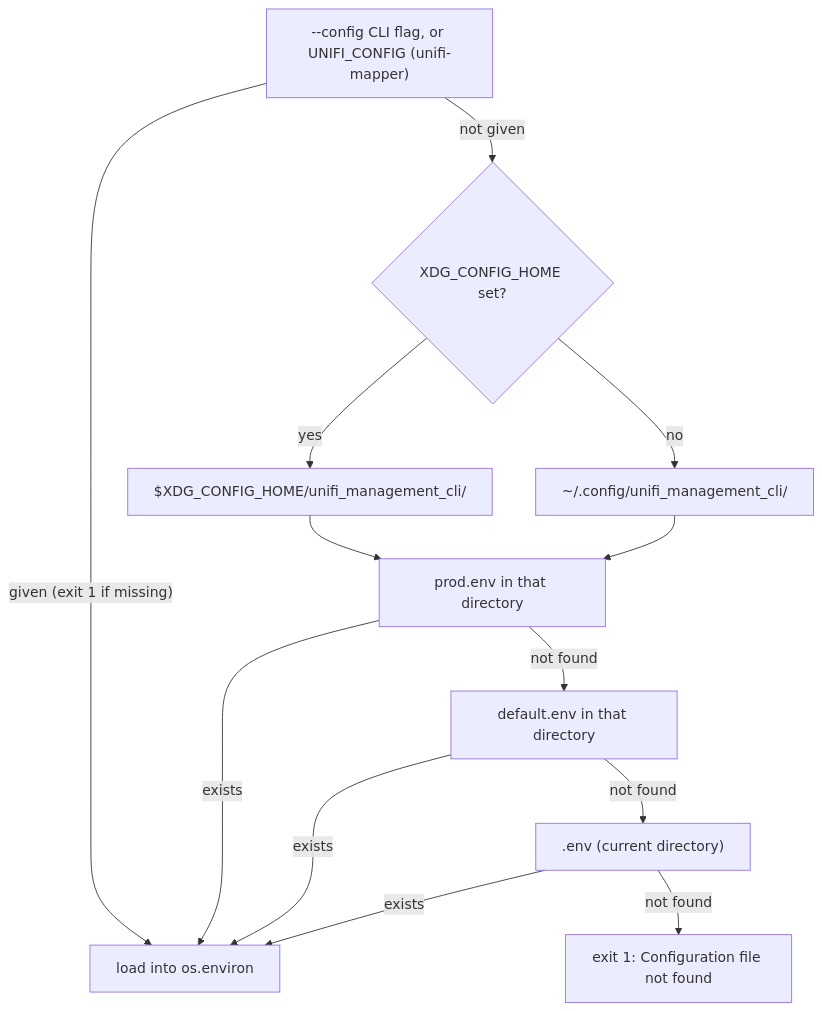
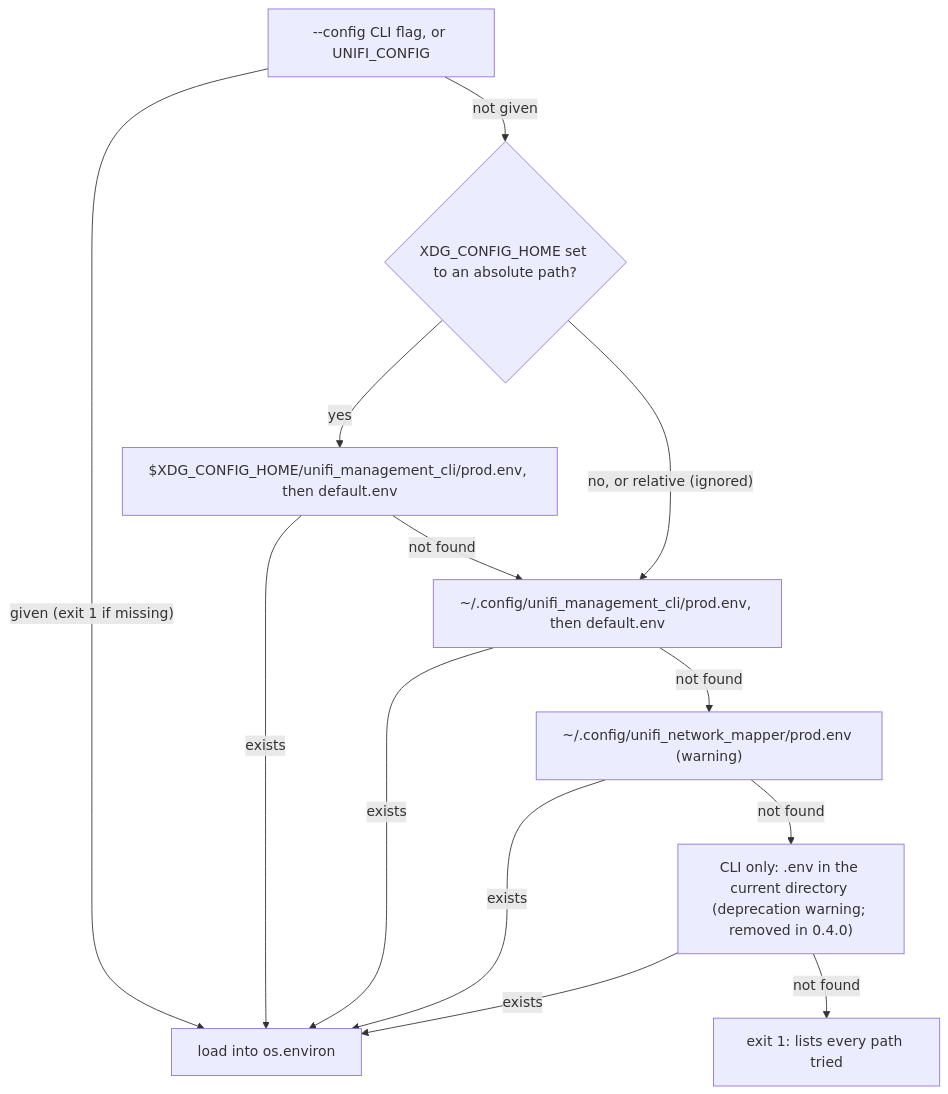
Before and after one commit to NetDevAutomate/unifi_management_cli: diagram 21 of 21 in docs/architecture/architecture-overview.md, drawn with Mermaid. The commit also changed other lines of this file and 16 other files, not shown here.

First line of the commit message:
fix(config): one shared config search for the CLI and the MCP server (issues 048, 068)

````diff
--- a/docs/architecture/architecture-overview.md
+++ b/docs/architecture/architecture-overview.md
@@ -1582,25 +1582,24 @@
 ```mermaid
 flowchart TD
-    EnvCli["--config CLI flag, or UNIFI_CONFIG (unifi-mapper)"]
-    HasXdg{"XDG_CONFIG_HOME set?"}
-    XdgDir["$XDG_CONFIG_HOME/unifi_management_cli/"]
-    HomeDir["~/.config/unifi_management_cli/"]
-    Prod["prod.env in that directory"]
-    Def["default.env in that directory"]
-    DotEnv[".env (current directory)"]
-    Missing["exit 1: Configuration file not found"]
+    EnvCli["--config CLI flag, or UNIFI_CONFIG"]
+    HasXdg{"XDG_CONFIG_HOME set to an absolute path?"}
+    XdgDir["$XDG_CONFIG_HOME/unifi_management_cli/prod.env, then default.env"]
+    HomeDir["~/.config/unifi_management_cli/prod.env, then default.env"]
+    Legacy["~/.config/unifi_network_mapper/prod.env (warning)"]
+    DotEnv["CLI only: .env in the current directory (deprecation warning; removed in 0.4.0)"]
+    Missing["exit 1: lists every path tried"]
     Load["load into os.environ"]
 
     EnvCli -->|"given (exit 1 if missing)"| Load
     EnvCli -->|"not given"| HasXdg
     HasXdg -->|"yes"| XdgDir
-    HasXdg -->|"no"| HomeDir
-    XdgDir --> Prod
-    HomeDir --> Prod
-    Prod -->|"exists"| Load
-    Prod -->|"not found"| Def
-    Def -->|"exists"| Load
-    Def -->|"not found"| DotEnv
+    HasXdg -->|"no, or relative (ignored)"| HomeDir
+    XdgDir -->|"exists"| Load
+    XdgDir -->|"not found"| HomeDir
+    HomeDir -->|"exists"| Load
+    HomeDir -->|"not found"| Legacy
+    Legacy -->|"exists"| Load
+    Legacy -->|"not found"| DotEnv
     DotEnv -->|"exists"| Load
     DotEnv -->|"not found"| Missing
 ```
````
